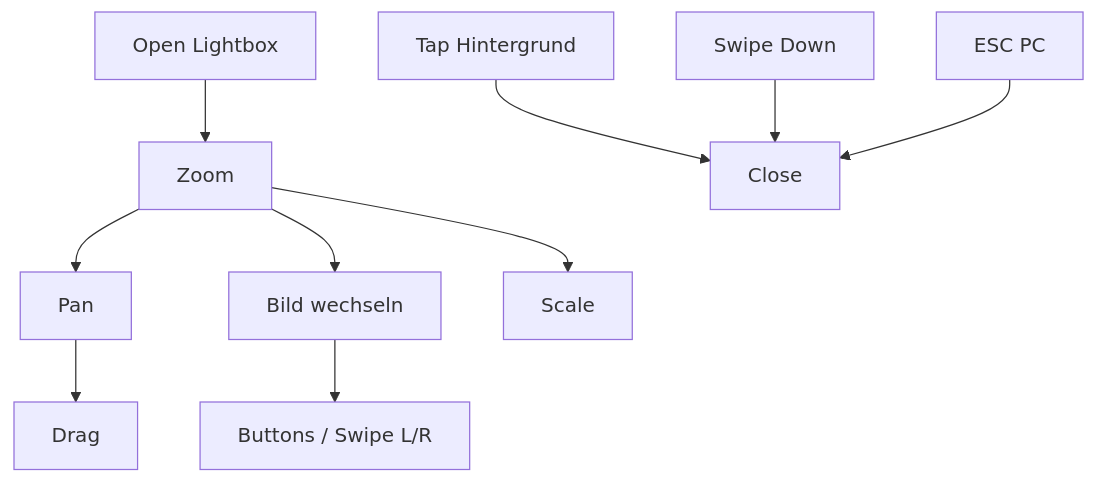
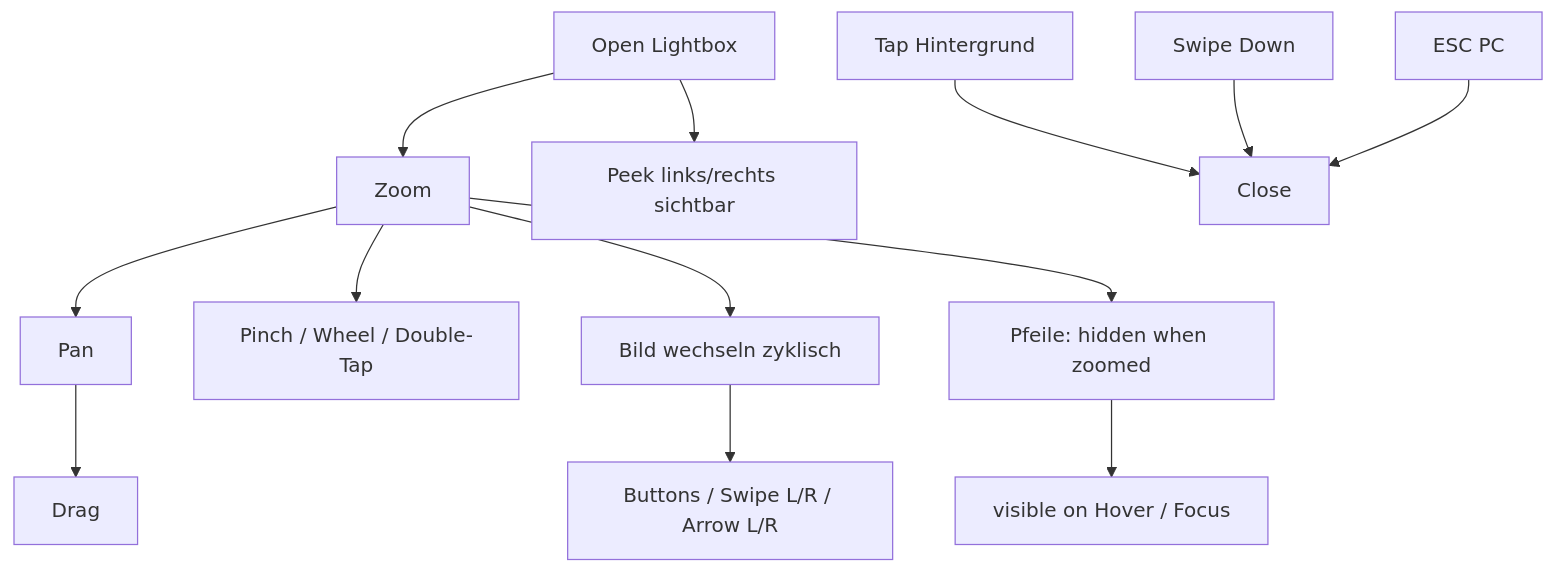
One commit to w465jt7pm9-cpu/dwd-dashboard changed the diagram in docs/Lightbox-Interaktionen.md. Above: the diagram before and after it, drawn with Mermaid. The commit also changed other lines of this file and 2 other files, not shown here.

Commit message:
Update architecture and lightbox docs for US-009 behavior

````diff
--- a/docs/Lightbox-Interaktionen.md
+++ b/docs/Lightbox-Interaktionen.md
@@ -6,12 +6,15 @@
 ```mermaid
 flowchart TD
   Open[Open Lightbox] --> Zoom
   Zoom --> Pan
-  Zoom --> SwitchImage[Bild wechseln]
-  Zoom --> Scale
-  SwitchImage --> NextPrev[Buttons / Swipe L/R]
+  Zoom --> Scale[Pinch / Wheel / Double-Tap]
+  Open --> Peek[Peek links/rechts sichtbar]
+  Zoom --> SwitchImage[Bild wechseln zyklisch]
+  SwitchImage --> NextPrev[Buttons / Swipe L/R / Arrow L/R]
+  Zoom --> ArrowVisibility[Pfeile: hidden when zoomed]
+  ArrowVisibility --> ArrowHover[visible on Hover / Focus]
   Pan --> Move[Drag]
   TapBg[Tap Hintergrund] --> Close
   SwipeDown[Swipe Down] --> Close
   Esc[ESC PC] --> Close
 ```
````
